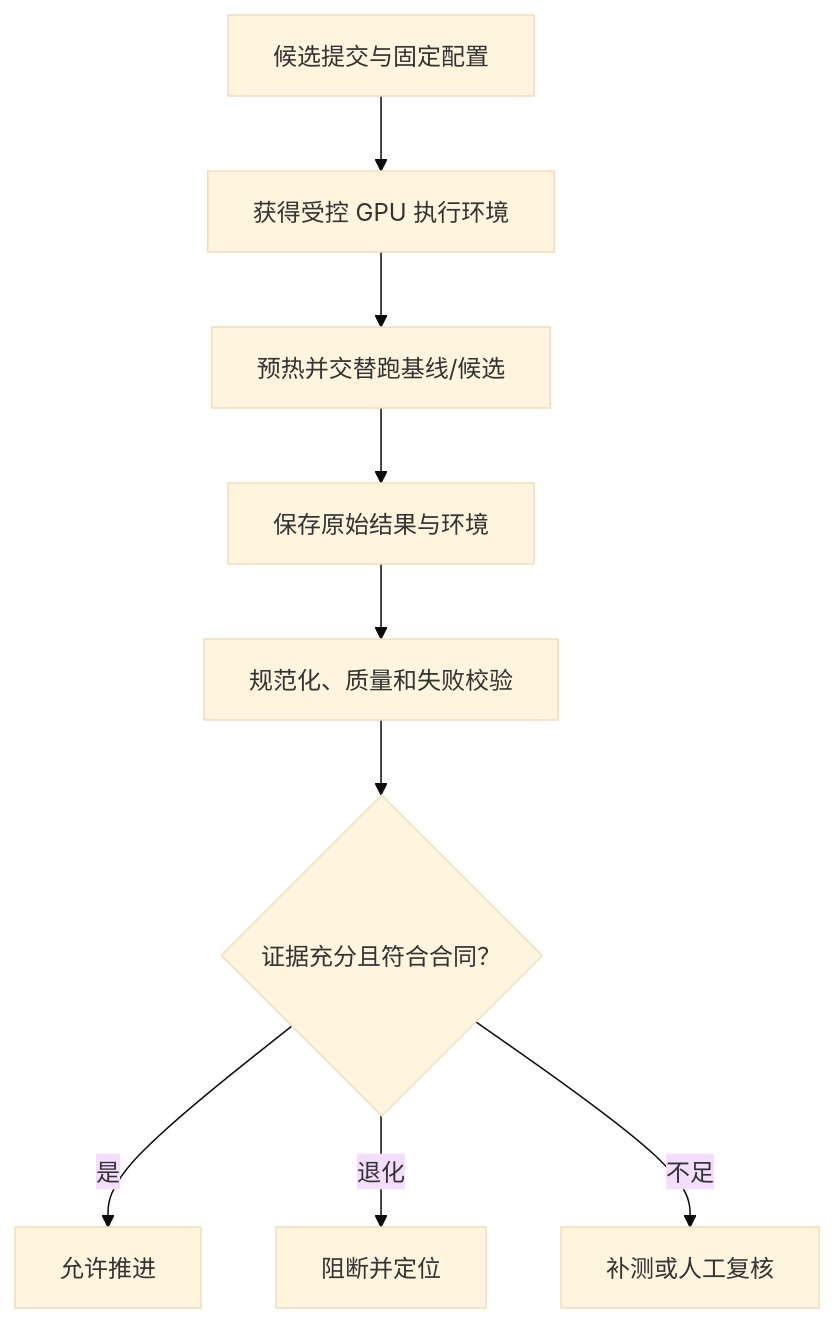
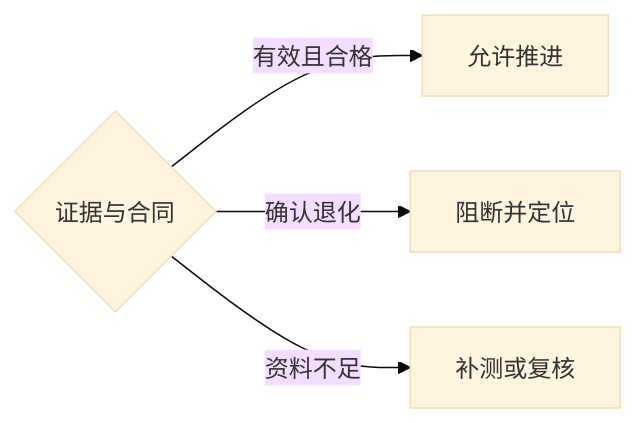
Before and after one commit to vinsonnnnn/AIInfraGuide: the second of 2 diagrams in docs/guides/模块四-推理优化/第8章-性能分析与Benchmark/8.5-性能回归门禁与退化定位.md, drawn with Mermaid (base theme). The commit also changed other lines of this file and 19 other files, not shown here.

````diff
--- a/docs/guides/模块四-推理优化/第8章-性能分析与Benchmark/8.5-性能回归门禁与退化定位.md
+++ b/docs/guides/模块四-推理优化/第8章-性能分析与Benchmark/8.5-性能回归门禁与退化定位.md
@@ -160,11 +185,6 @@
 ```mermaid
-graph TD
-    A["候选提交与固定配置"] --> B["获得受控 GPU 执行环境"]
-    B --> C["预热并交替跑基线/候选"]
-    C --> D["保存原始结果与环境"]
-    D --> E["规范化、质量和失败校验"]
-    E --> F{"证据充分且符合合同？"}
-    F -->|"是"| G["允许推进"]
-    F -->|"退化"| H["阻断并定位"]
-    F -->|"不足"| I["补测或人工复核"]
+flowchart LR
+    A{"证据与合同"} -->|"有效且合格"| B["允许推进"]
+    A -->|"确认退化"| C["阻断并定位"]
+    A -->|"资料不足"| D["补测或复核"]
 ```
````
